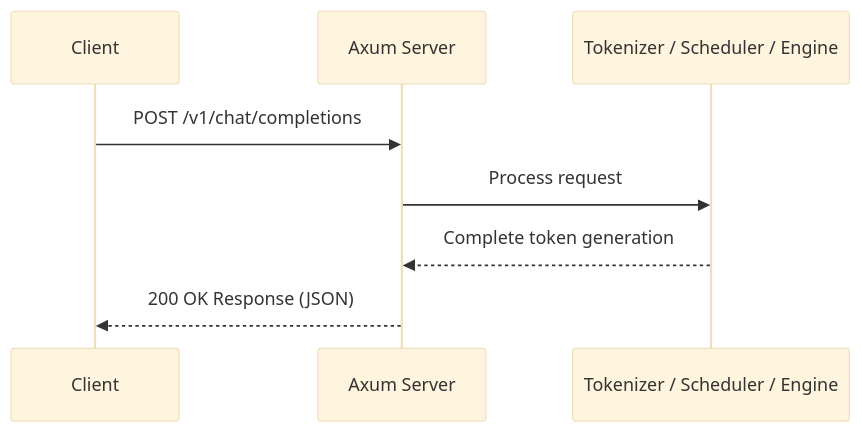
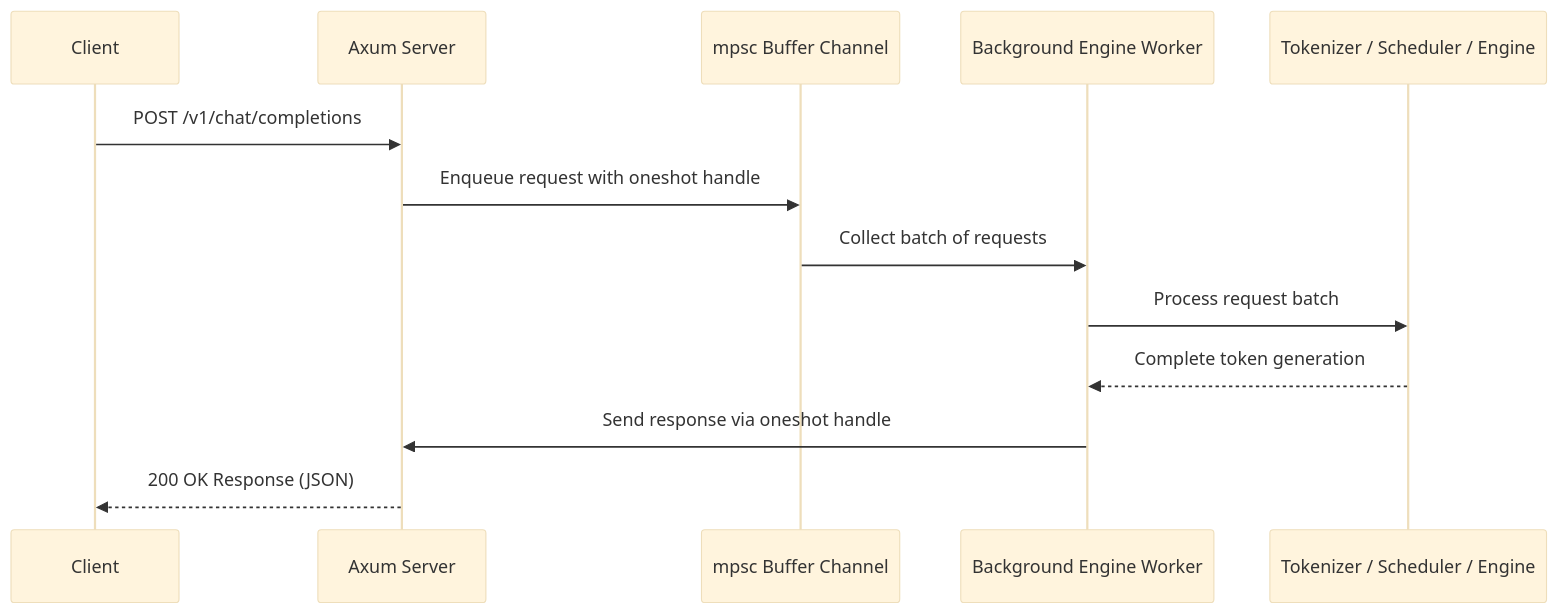
One commit to Ammar-Alnagar/mini-sglang-rs changed the first of 6 diagrams in docs/features.md. Above: the diagram before and after it, drawn with Mermaid (base theme). The commit also changed other lines of this file and 2 other files, not shown here.

Commit message:
Optimize OpenAI serving with request batching and update documentation
- Add asynchronous request batching via mpsc channel and background engine loop in api_server.rs
- Update README.md, MIGRATION.md, docs/features.md, and docs/structures.md following ASD-STE100 specifications
- Update system architecture, end-to-end request flow, and sequence diagrams with zero emojis

````diff
--- a/docs/features.md
+++ b/docs/features.md
@@ -7,11 +7,16 @@
 ```mermaid
 sequenceDiagram
     participant Client
     participant Server as Axum Server
+    participant Channel as mpsc Buffer Channel
+    participant Worker as Background Engine Worker
     participant Pipeline as Tokenizer / Scheduler / Engine
 
     Client->>Server: POST /v1/chat/completions
-    Server->>Pipeline: Process request
-    Pipeline-->>Server: Complete token generation
+    Server->>Channel: Enqueue request with oneshot handle
+    Channel->>Worker: Collect batch of requests
+    Worker->>Pipeline: Process request batch
+    Pipeline-->>Worker: Complete token generation
+    Worker->>Server: Send response via oneshot handle
     Server-->>Client: 200 OK Response (JSON)
 ```
````
